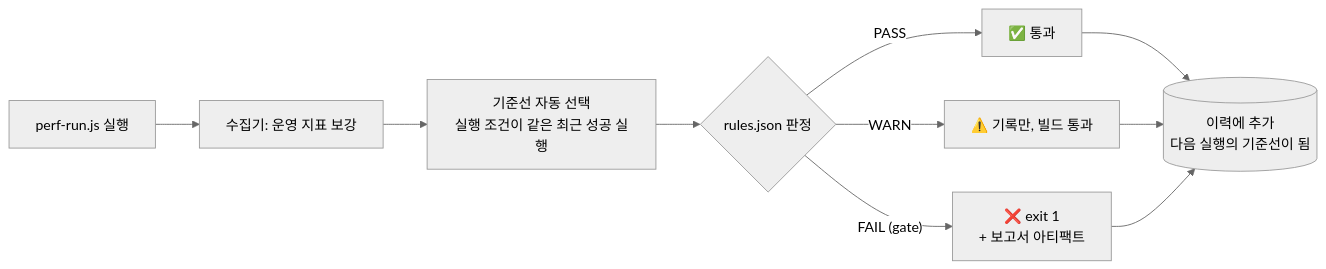
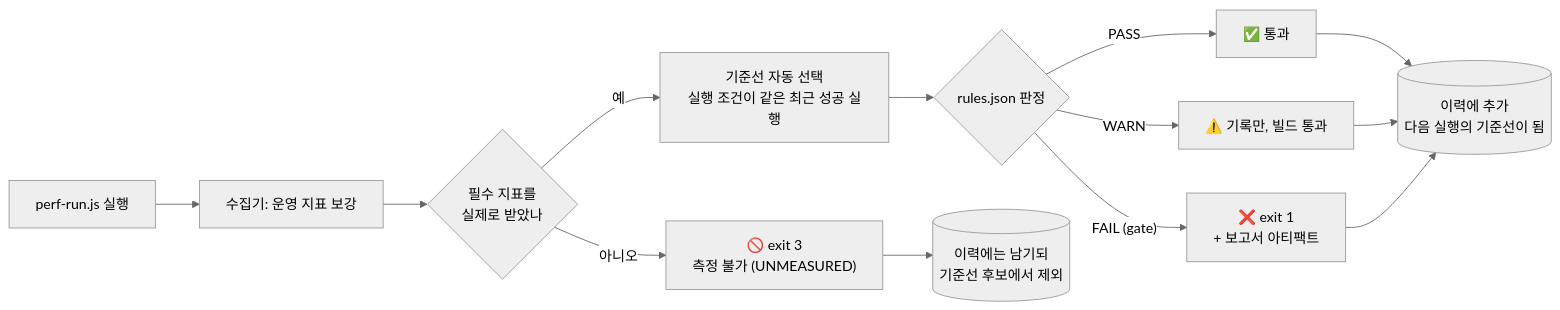
One commit to JangHyeok2909/highteenday-backend changed the diagram in performance/regression/README.md. Above: the diagram before and after it, drawn with Mermaid (neutral theme). The commit also changed other lines of this file and 1 other file, not shown here.

First line of the commit message:
docs(perf): document measurement status, threshold scope, and exit codes

````diff
--- a/performance/regression/README.md
+++ b/performance/regression/README.md
@@ -20,12 +20,15 @@
 ```mermaid
 flowchart LR
     R[perf-run.js 실행] --> C[수집기: 운영 지표 보강]
-    C --> B["기준선 자동 선택<br/>실행 조건이 같은 최근 성공 실행"]
+    C --> M{필수 지표를<br/>실제로 받았나}
+    M -->|"아니오"| U["🚫 exit 3<br/>측정 불가 (UNMEASURED)"]
+    M -->|"예"| B["기준선 자동 선택<br/>실행 조건이 같은 최근 성공 실행"]
     B --> J{rules.json 판정}
     J -->|PASS| OK["✅ 통과"]
     J -->|WARN| W["⚠️ 기록만, 빌드 통과"]
     J -->|"FAIL (gate)"| F["❌ exit 1<br/>+ 보고서 아티팩트"]
     OK --> H[(이력에 추가<br/>다음 실행의 기준선이 됨)]
     W --> H
     F --> H
+    U --> H2[(이력에는 남기되<br/>기준선 후보에서 제외)]
 ```
````
